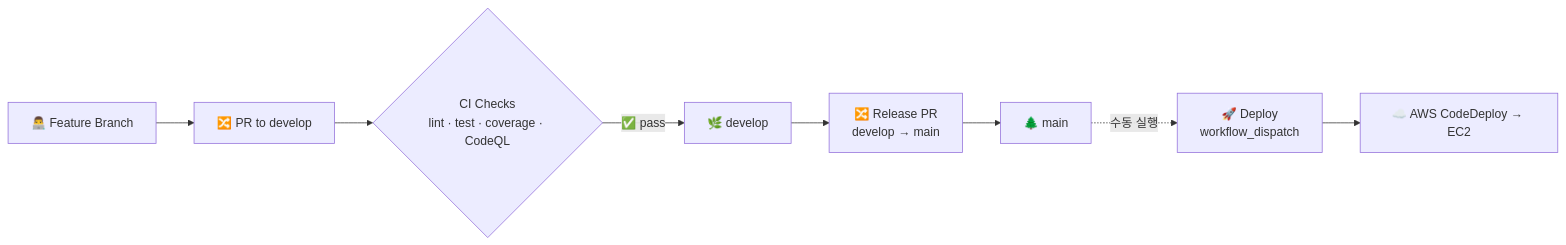
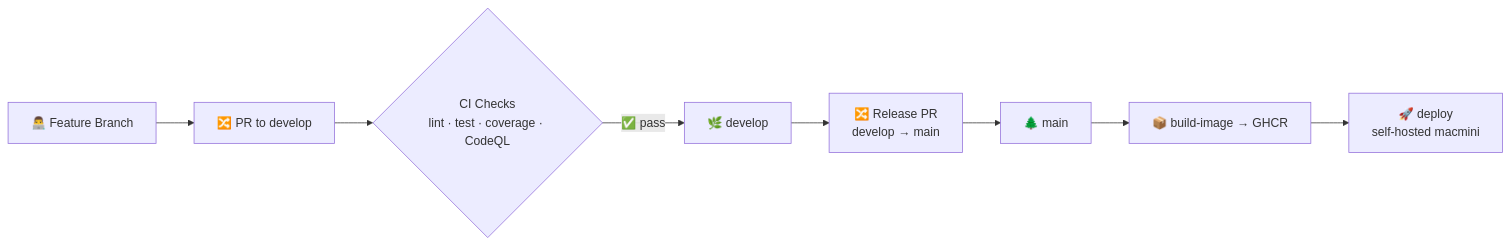
The third of 3 diagrams in README.md (CaQuick/caquick-be), drawn with Mermaid before and after one commit. The commit also changed other lines of this file and 19 other files, not shown here.

First line of the commit message:
ci: GHCR 이미지 빌드 + 셀프호스트 러너 자동 배포, CodeDeploy·PM2 자산 제거 (P2-07)

````diff
--- a/README.md
+++ b/README.md
@@ -398,16 +397,16 @@
 ```mermaid
 flowchart LR
     Dev[👨‍💻 Feature Branch]
     PR[🔀 PR to develop]
     Checks{CI Checks<br/>lint · test · coverage · CodeQL}
     Develop[🌿 develop]
     Release[🔀 Release PR<br/>develop → main]
     Main[🌲 main]
-    Deploy[🚀 Deploy<br/>workflow_dispatch]
-    AWS[☁️ AWS CodeDeploy → EC2]
+    Image[📦 build-image → GHCR]
+    Deploy[🚀 deploy<br/>self-hosted macmini]
 
     Dev --> PR --> Checks
     Checks -->|✅ pass| Develop
     Develop --> Release --> Main
-    Main -.수동 실행.-> Deploy --> AWS
+    Main --> Image --> Deploy
 ```
````
